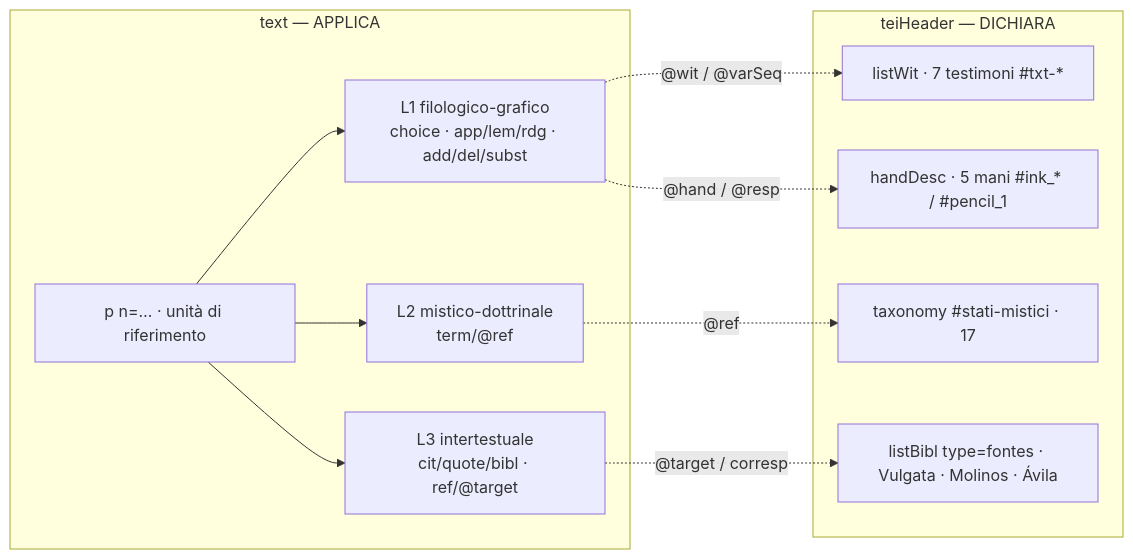
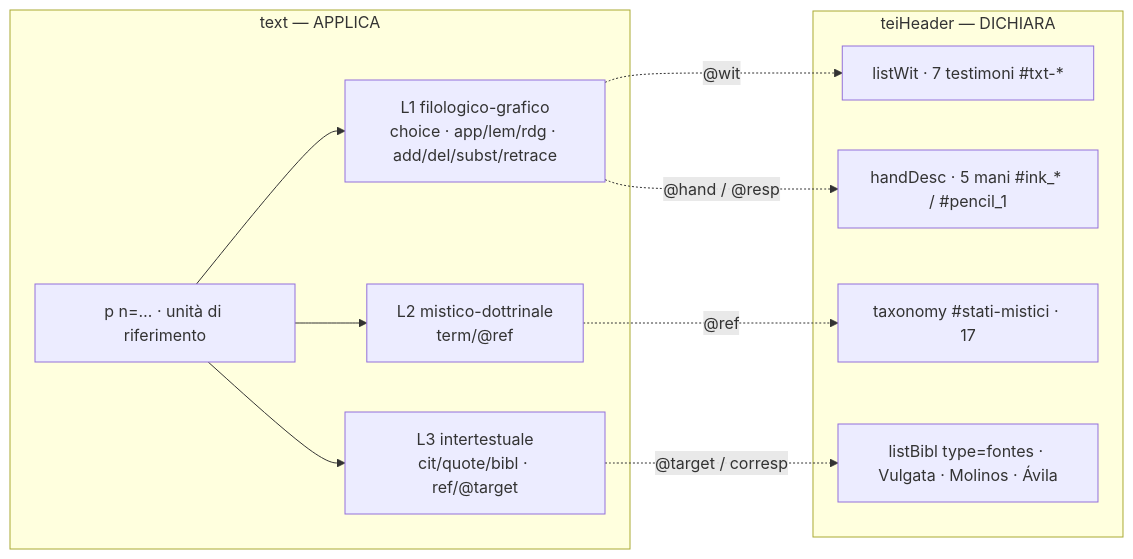
One commit to luciano-longo77/castello-dell-anima-edizione changed the diagram in tei-model/README.md. Above: the diagram before and after it, drawn with Mermaid. The commit also changed other lines of this file and 7 other files, not shown here.

````diff
--- a/tei-model/README.md
+++ b/tei-model/README.md
@@ -31,24 +31,24 @@
 ```mermaid
 graph LR
   subgraph H["teiHeader — DICHIARA"]
     LW["listWit · 7 testimoni #txt-*"]
     HD["handDesc · 5 mani #ink_* / #pencil_1"]
     TX["taxonomy #stati-mistici · 17"]
     FB["listBibl type=fontes · Vulgata · Molinos · Ávila"]
   end
 
   subgraph T["text — APPLICA"]
     P["p n=… · unità di riferimento"]
-    L1["L1 filologico-grafico<br/>choice · app/lem/rdg · add/del/subst"]
+    L1["L1 filologico-grafico<br/>choice · app/lem/rdg · add/del/subst/retrace"]
     L2["L2 mistico-dottrinale<br/>term/@ref"]
     L3["L3 intertestuale<br/>cit/quote/bibl · ref/@target"]
     P --> L1
     P --> L2
     P --> L3
   end
 
-  L1 -. "@wit / @varSeq" .-> LW
+  L1 -. "@wit" .-> LW
   L1 -. "@hand / @resp" .-> HD
   L2 -. "@ref" .-> TX
   L3 -. "@target / corresp" .-> FB
 ```
````
